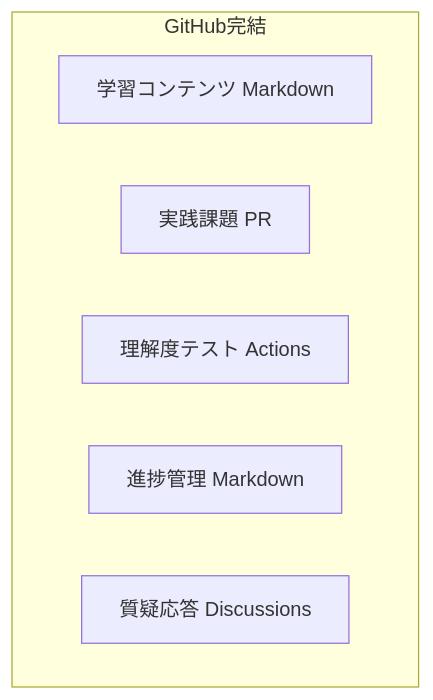
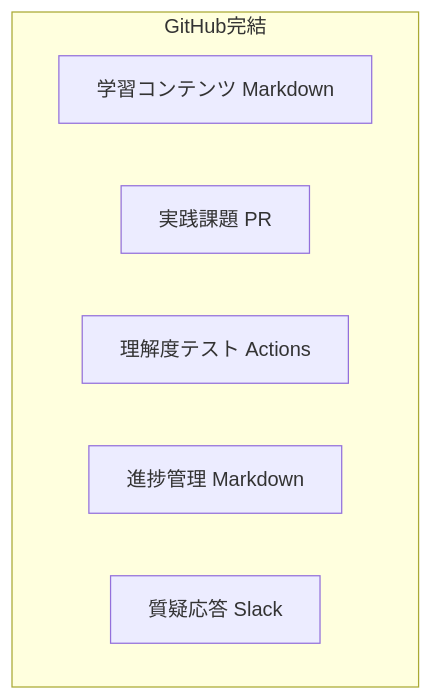
One commit to kumazawa-chrono/git-practice changed the first of 6 diagrams in docs/platform-comparison.md. Above: the diagram before and after it, drawn with Mermaid. The commit also changed other lines of this file and 20 other files, not shown here.

````diff
--- a/docs/platform-comparison.md
+++ b/docs/platform-comparison.md
@@ -13,10 +13,10 @@
 ```mermaid
 flowchart TB
     subgraph github[GitHub完結]
         A[学習コンテンツ Markdown]
         B[実践課題 PR]
         C[理解度テスト Actions]
         D[進捗管理 Markdown]
-        E[質疑応答 Discussions]
+        E[質疑応答 Slack]
     end
 ```
````
